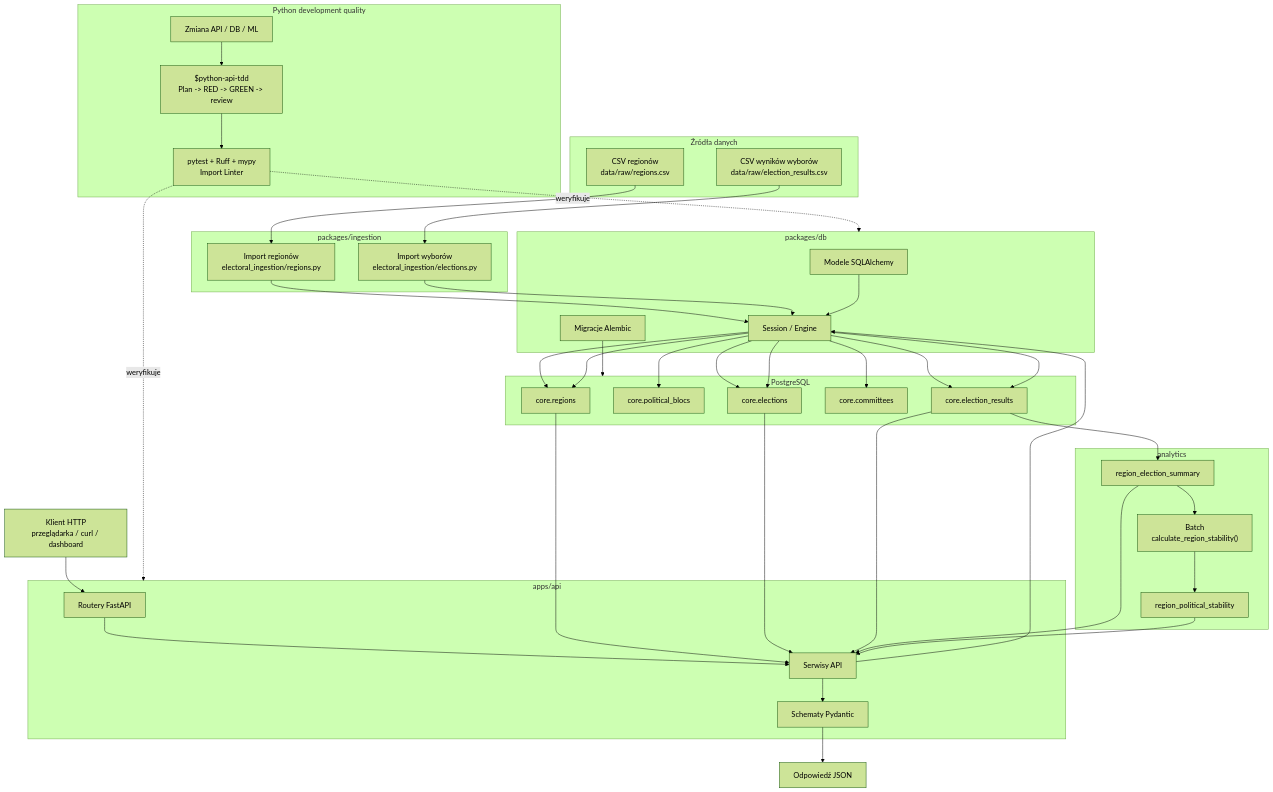
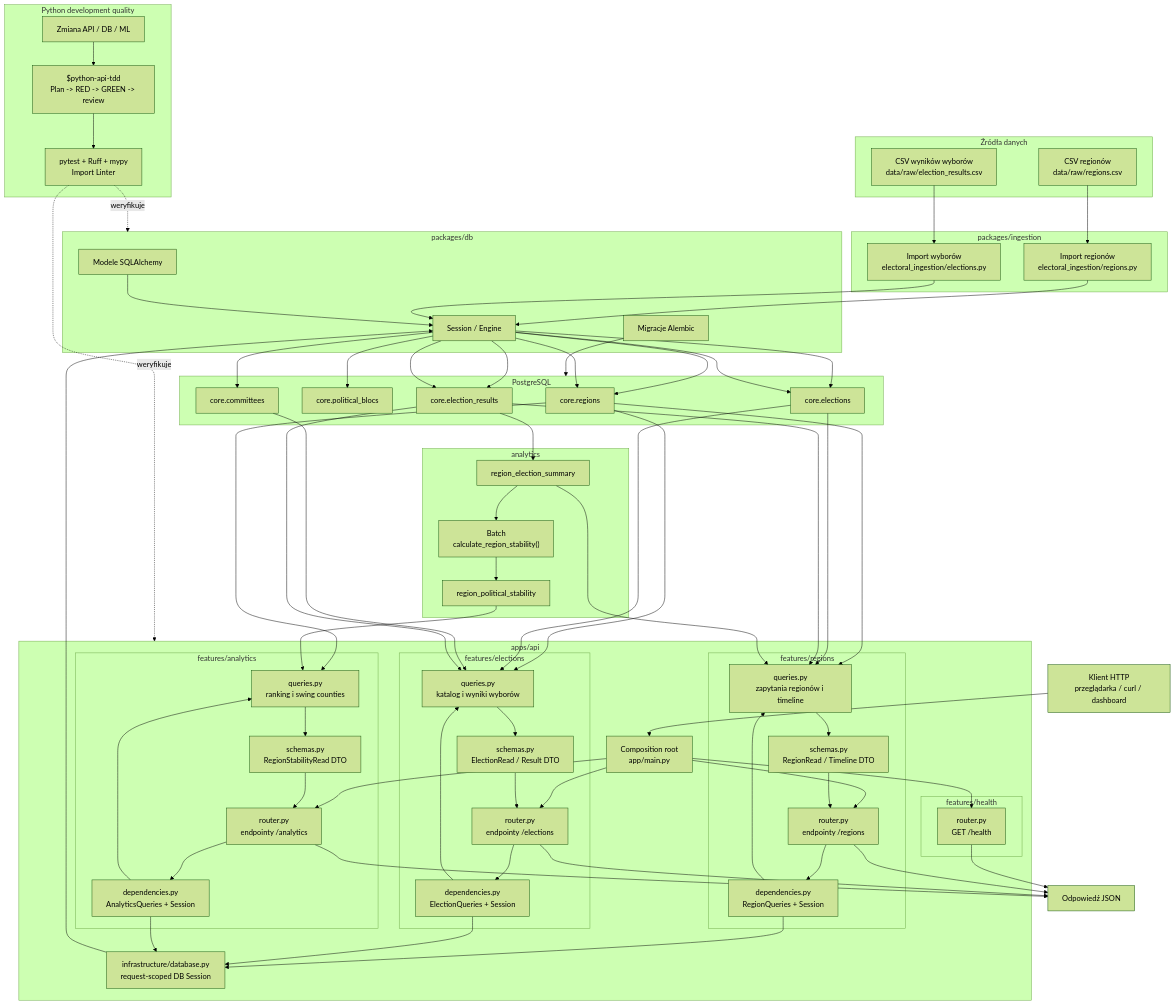
One commit to DawidKK/electoral-drift changed the seventh of 7 diagrams in docs/flow.md. Above: the diagram before and after it, drawn with Mermaid (forest theme). The commit also changed other lines of this file and 39 other files, not shown here.

Commit message:
Reorganize architecture

````diff
--- a/docs/flow.md
+++ b/docs/flow.md
@@ -266,9 +305,34 @@
     end
 
     subgraph api["apps/api"]
-        api_router["Routery FastAPI"]
-        api_service["Serwisy API"]
-        api_schema["Schematy Pydantic"]
+        api_main["Composition root<br/>app/main.py"]
+
+        subgraph health_feature["features/health"]
+            health_router["router.py<br/>GET /health"]
+        end
+
+        subgraph regions_feature["features/regions"]
+            regions_router["router.py<br/>endpointy /regions"]
+            regions_dependencies["dependencies.py<br/>RegionQueries + Session"]
+            regions_queries["queries.py<br/>zapytania regionów i timeline"]
+            regions_schemas["schemas.py<br/>RegionRead / Timeline DTO"]
+        end
+
+        subgraph elections_feature["features/elections"]
+            elections_router["router.py<br/>endpointy /elections"]
+            elections_dependencies["dependencies.py<br/>ElectionQueries + Session"]
+            elections_queries["queries.py<br/>katalog i wyniki wyborów"]
+            elections_schemas["schemas.py<br/>ElectionRead / Result DTO"]
+        end
+
+        subgraph analytics_feature["features/analytics"]
+            analytics_router["router.py<br/>endpointy /analytics"]
+            analytics_dependencies["dependencies.py<br/>AnalyticsQueries + Session"]
+            analytics_queries["queries.py<br/>ranking i swing counties"]
+            analytics_schemas["schemas.py<br/>RegionStabilityRead DTO"]
+        end
+
+        api_infrastructure["infrastructure/database.py<br/>request-scoped DB Session"]
     end
 
     subgraph analytics["analytics"]
@@ -303,20 +367,52 @@
     db_session --> core_committees
     db_session --> core_results
 
-    client --> api_router
-    api_router --> api_service
-    api_service --> db_session
+    client --> api_main
+    api_main --> health_router
+    api_main --> regions_router
+    api_main --> elections_router
+    api_main --> analytics_router
+
+    health_router --> json
+
+    regions_router --> regions_dependencies
+    regions_dependencies --> regions_queries
+    regions_dependencies --> api_infrastructure
+    regions_queries --> regions_schemas
+    regions_schemas --> regions_router
+    regions_router --> json
+
+    elections_router --> elections_dependencies
+    elections_dependencies --> elections_queries
+    elections_dependencies --> api_infrastructure
+    elections_queries --> elections_schemas
+    elections_schemas --> elections_router
+    elections_router --> json
+
+    analytics_router --> analytics_dependencies
+    analytics_dependencies --> analytics_queries
+    analytics_dependencies --> api_infrastructure
+    analytics_queries --> analytics_schemas
+    analytics_schemas --> analytics_router
+    analytics_router --> json
+
+    api_infrastructure --> db_session
     db_session --> core_regions
     db_session --> core_elections
     db_session --> core_results
     core_results --> region_summary
     region_summary --> stability_batch
     stability_batch --> region_stability
-    core_regions --> api_service
-    core_elections --> api_service
-    core_results --> api_service
-    region_summary --> api_service
-    region_stability --> api_service
-    api_service --> api_schema
-    api_schema --> json
+    core_regions --> regions_queries
+    core_elections --> regions_queries
+    core_results --> regions_queries
+    region_summary --> regions_queries
+
+    core_regions --> elections_queries
+    core_elections --> elections_queries
+    core_committees --> elections_queries
+    core_results --> elections_queries
+
+    core_regions --> analytics_queries
+    region_stability --> analytics_queries
 ```
````
